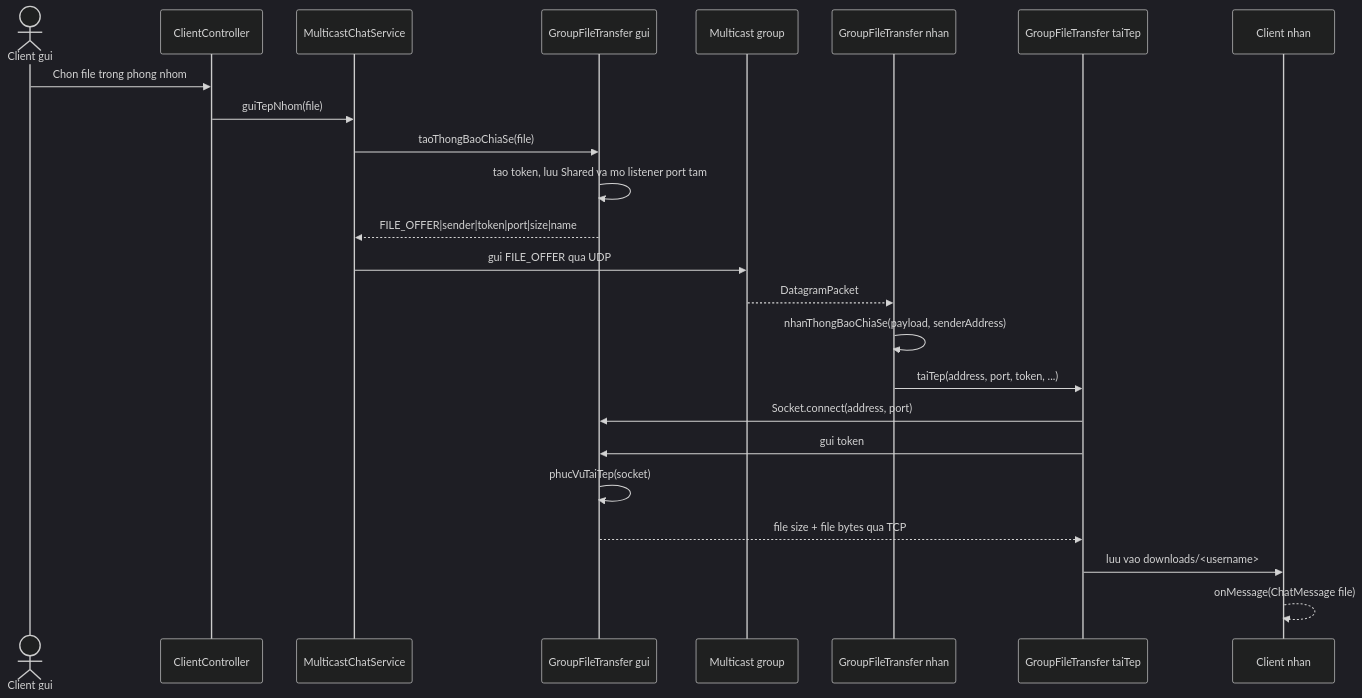
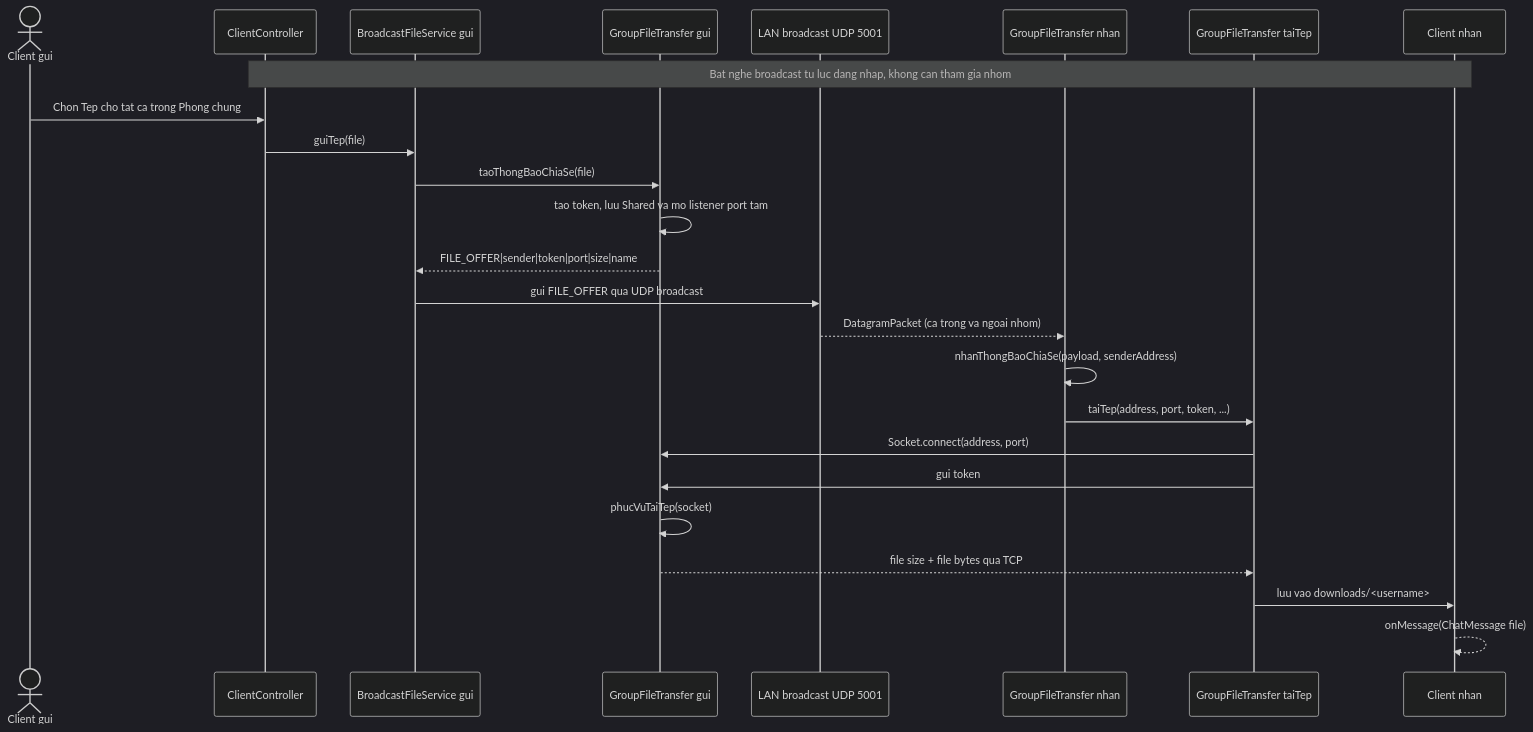
The seventh of 8 diagrams in docs/sequence-diagram.md (HOAIAN06/Lap6_LTM), drawn with Mermaid (dark theme) before and after one commit. The commit also changed other lines of this file and 10 other files, not shown here.

````diff
--- a/docs/sequence-diagram.md
+++ b/docs/sequence-diagram.md
@@ -202,27 +202,28 @@
 ```mermaid
 sequenceDiagram
     actor Sender as Client gui
     participant Ctrl as ClientController
-    participant Mcast as MulticastChatService
+    participant Mcast as BroadcastFileService gui
     participant FileSender as GroupFileTransfer gui
-    participant Group as Multicast group
+    participant Group as LAN broadcast UDP 5001
     participant ReceiverMcast as GroupFileTransfer nhan
     participant ReceiverFile as GroupFileTransfer taiTep
     participant Receiver as Client nhan
 
-    Sender->>Ctrl: Chon file trong phong nhom
-    Ctrl->>Mcast: guiTepNhom(file)
+    Note over Ctrl,Receiver: Bat nghe broadcast tu luc dang nhap, khong can tham gia nhom
+    Sender->>Ctrl: Chon Tep cho tat ca trong Phong chung
+    Ctrl->>Mcast: guiTep(file)
     Mcast->>FileSender: taoThongBaoChiaSe(file)
     FileSender->>FileSender: tao token, luu Shared va mo listener port tam
     FileSender-->>Mcast: FILE_OFFER|sender|token|port|size|name
-    Mcast->>Group: gui FILE_OFFER qua UDP
-    Group-->>ReceiverMcast: DatagramPacket
+    Mcast->>Group: gui FILE_OFFER qua UDP broadcast
+    Group-->>ReceiverMcast: DatagramPacket (ca trong va ngoai nhom)
     ReceiverMcast->>ReceiverMcast: nhanThongBaoChiaSe(payload, senderAddress)
     ReceiverMcast->>ReceiverFile: taiTep(address, port, token, ...)
     ReceiverFile->>FileSender: Socket.connect(address, port)
     ReceiverFile->>FileSender: gui token
     FileSender->>FileSender: phucVuTaiTep(socket)
     FileSender-->>ReceiverFile: file size + file bytes qua TCP
     ReceiverFile->>Receiver: luu vao downloads/<username>
     Receiver-->>Receiver: onMessage(ChatMessage file)
 ```
````
